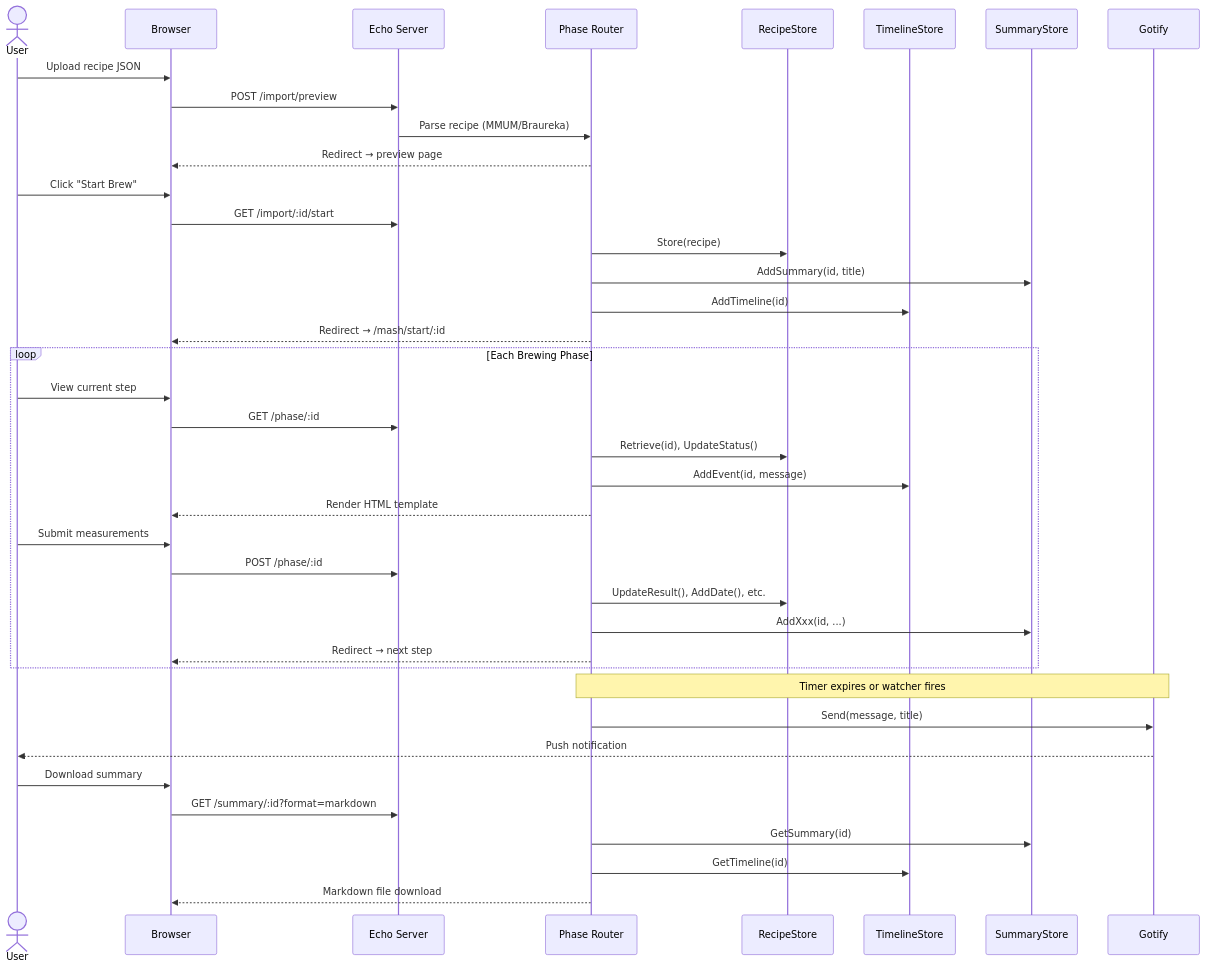
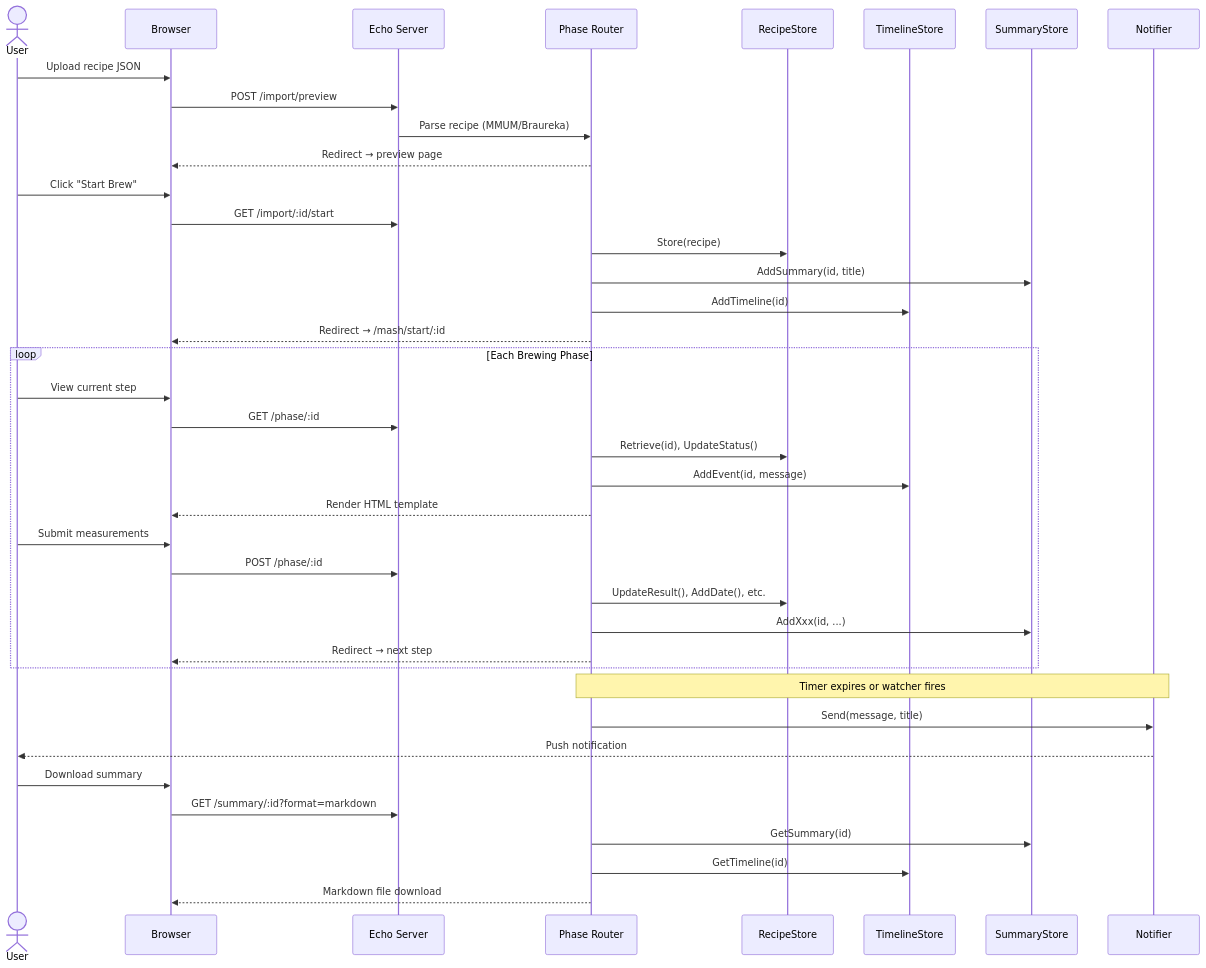
The fifth of 8 diagrams in TECHNICAL_OVERVIEW.md (juan-castrillon/brewday), drawn with Mermaid before and after one commit. The commit also changed other lines of this file and 33 other files, not shown here.

````diff
--- a/TECHNICAL_OVERVIEW.md
+++ b/TECHNICAL_OVERVIEW.md
@@ -377,47 +383,47 @@
 ```mermaid
 sequenceDiagram
     actor User
     participant Browser
     participant Echo as Echo Server
     participant Router as Phase Router
     participant Store as RecipeStore
     participant TL as TimelineStore
     participant Sum as SummaryStore
-    participant Notifier as Gotify
+    participant Notifier as Notifier
 
     User->>Browser: Upload recipe JSON
     Browser->>Echo: POST /import/preview
     Echo->>Router: Parse recipe (MMUM/Braureka)
     Router-->>Browser: Redirect → preview page
 
     User->>Browser: Click "Start Brew"
     Browser->>Echo: GET /import/:id/start
     Router->>Store: Store(recipe)
     Router->>Sum: AddSummary(id, title)
     Router->>TL: AddTimeline(id)
     Router-->>Browser: Redirect → /mash/start/:id
 
     loop Each Brewing Phase
         User->>Browser: View current step
         Browser->>Echo: GET /phase/:id
         Router->>Store: Retrieve(id), UpdateStatus()
         Router->>TL: AddEvent(id, message)
         Router-->>Browser: Render HTML template
 
         User->>Browser: Submit measurements
         Browser->>Echo: POST /phase/:id
         Router->>Store: UpdateResult(), AddDate(), etc.
         Router->>Sum: AddXxx(id, ...)
         Router-->>Browser: Redirect → next step
     end
 
     Note over Router, Notifier: Timer expires or watcher fires
     Router->>Notifier: Send(message, title)
     Notifier-->>User: Push notification
 
     User->>Browser: Download summary
     Browser->>Echo: GET /summary/:id?format=markdown
     Router->>Sum: GetSummary(id)
     Router->>TL: GetTimeline(id)
     Router-->>Browser: Markdown file download
 ```
````
